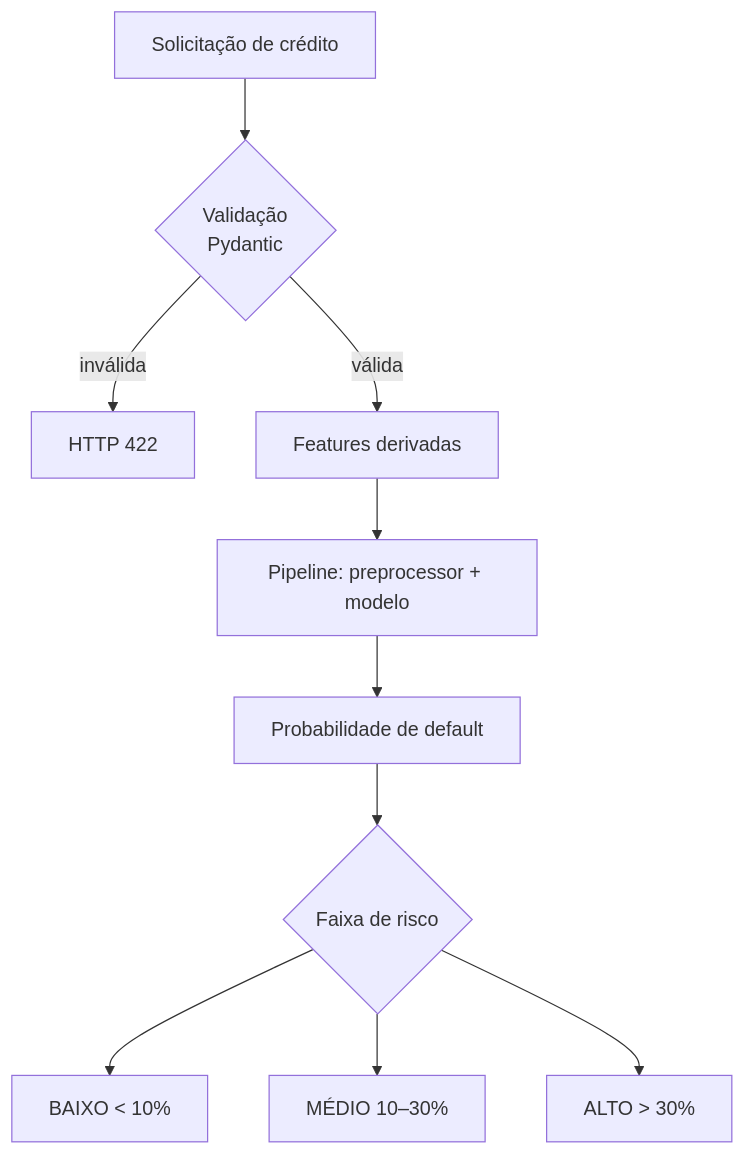
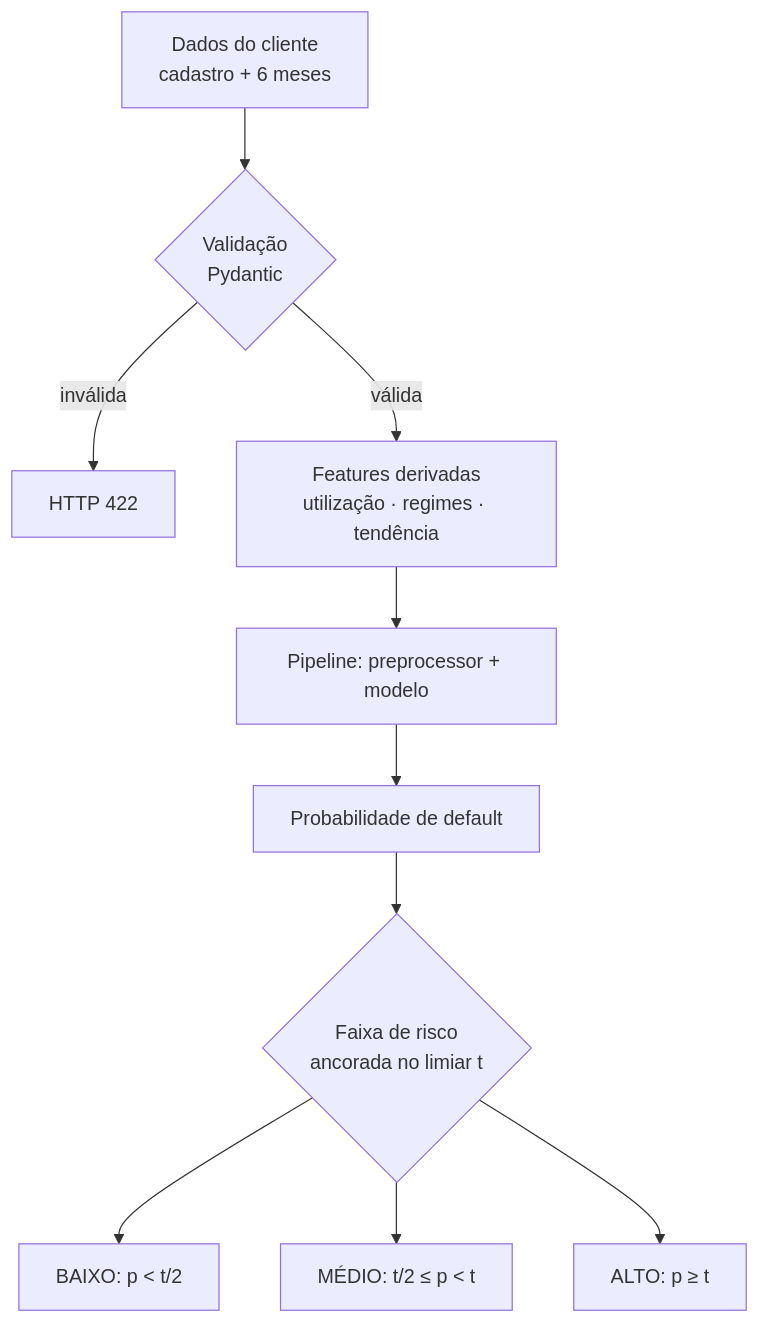
The second of 2 diagrams in reports/ARQUITETURA.md (david-oliveira-dev/credit-risk-scoring), drawn with Mermaid before and after one commit. The commit also changed other lines of this file and 3 other files, not shown here.

````diff
--- a/reports/ARQUITETURA.md
+++ b/reports/ARQUITETURA.md
@@ -23,12 +24,12 @@
 ```mermaid
 flowchart TD
-    R[Solicitação de crédito] --> V{Validação<br/>Pydantic}
+    R[Dados do cliente<br/>cadastro + 6 meses] --> V{Validação<br/>Pydantic}
     V -- inválida --> E[HTTP 422]
-    V -- válida --> FE[Features derivadas]
+    V -- válida --> FE[Features derivadas<br/>utilização · regimes · tendência]
     FE --> P[Pipeline: preprocessor + modelo]
     P --> Pr[Probabilidade de default]
-    Pr --> BD{Faixa de risco}
-    BD --> BX[BAIXO < 10%]
-    BD --> MD[MÉDIO 10–30%]
-    BD --> AL[ALTO > 30%]
+    Pr --> BD{Faixa de risco<br/>ancorada no limiar t}
+    BD --> BX["BAIXO: p &lt; t/2"]
+    BD --> MD["MÉDIO: t/2 ≤ p &lt; t"]
+    BD --> AL["ALTO: p ≥ t"]
 ```
````
